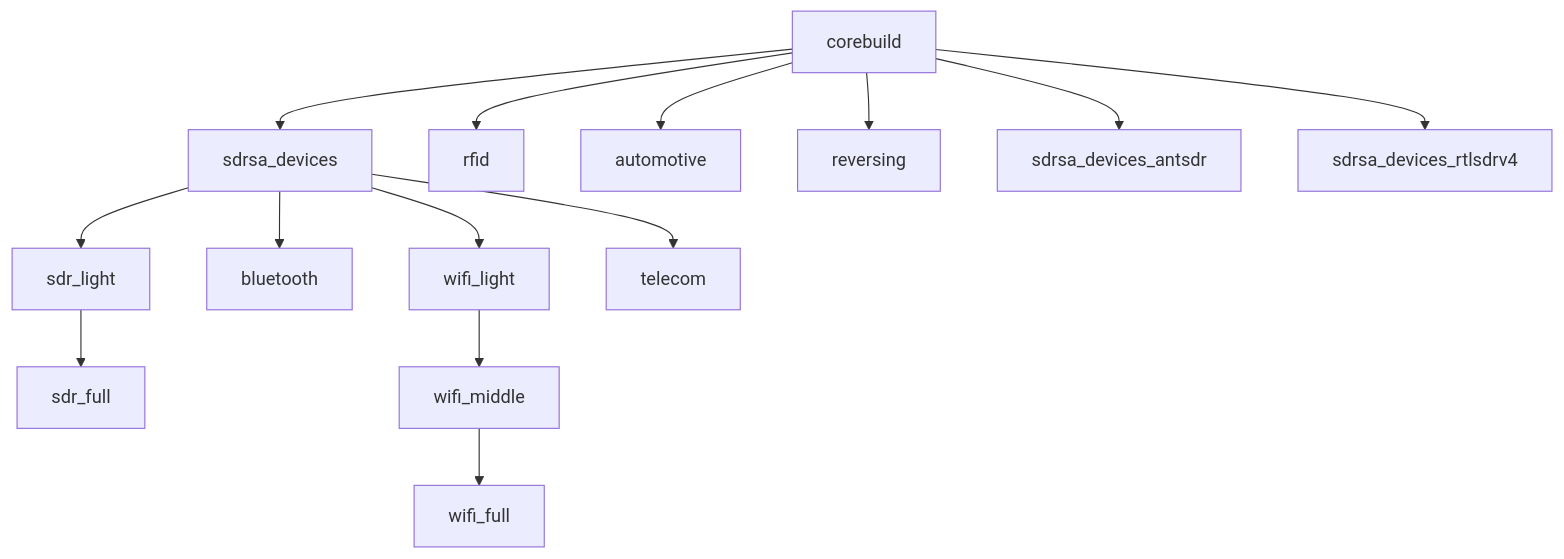
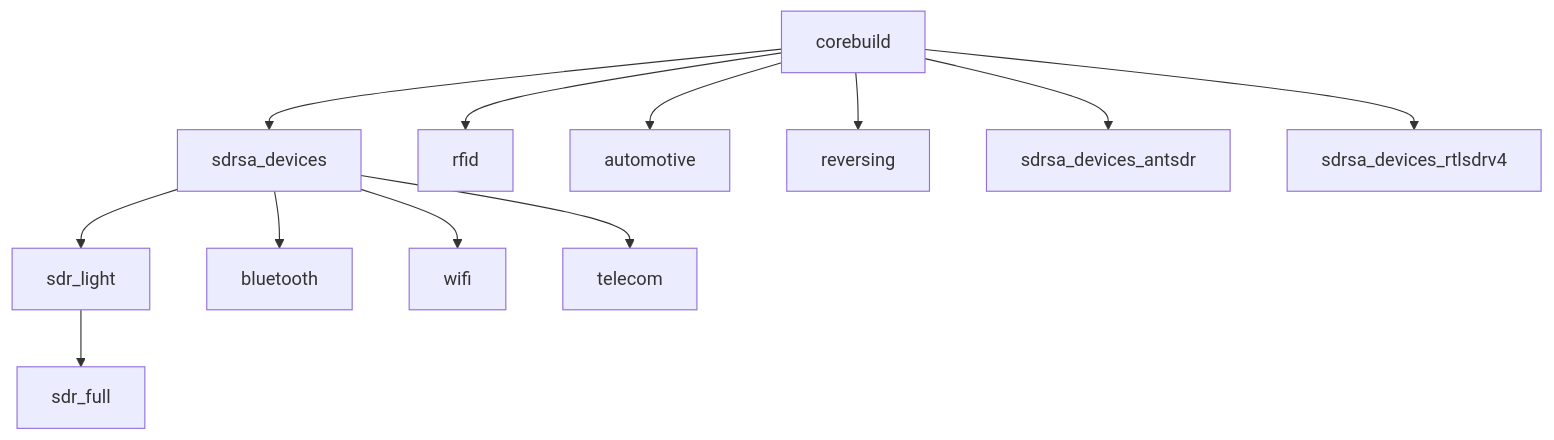
The diagram in content/docs/guide/list-of-tools.md (PentHertz/rfswift-doc-v2), drawn with Mermaid before and after one commit. The commit also changed other lines of this file, not shown here.

Commit message:
Going back to previous wifi content

````diff
--- a/content/docs/guide/list-of-tools.md
+++ b/content/docs/guide/list-of-tools.md
@@ -20,16 +20,14 @@
 ```mermaid
 graph TD;
     A[corebuild]-->B[sdrsa_devices];
     A-->C[rfid];
     A-->D[automotive];
     A-->E[reversing];
     A-->F[sdrsa_devices_antsdr];
     A-->G[sdrsa_devices_rtlsdrv4];
     B[sdrsa_devices]-->H[sdr_light];
     B[sdrsa_devices]-->I[bluetooth];
-    B[sdrsa_devices]-->J[wifi_light];
+    B[sdrsa_devices]-->J[wifi];
     B[sdrsa_devices]-->K[telecom];
     H-->L[sdr_full]
-    J-->M[wifi_middle]
-    M-->N[wifi_full]
 ```
````
